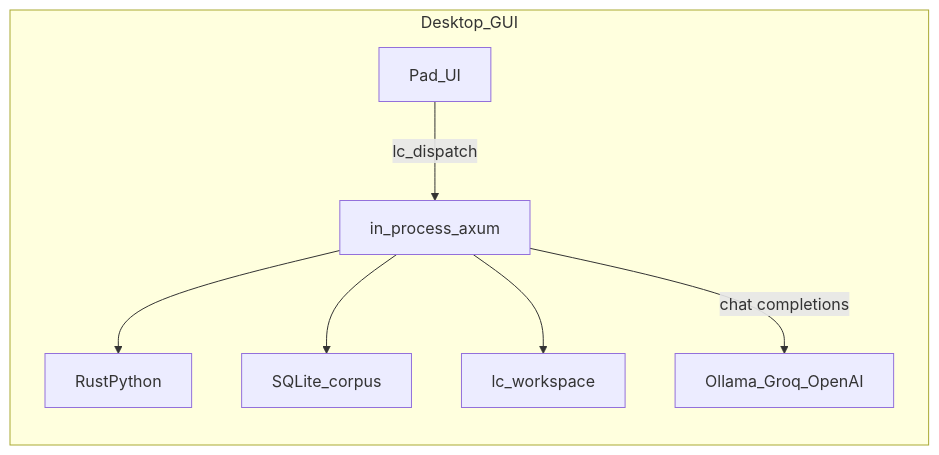
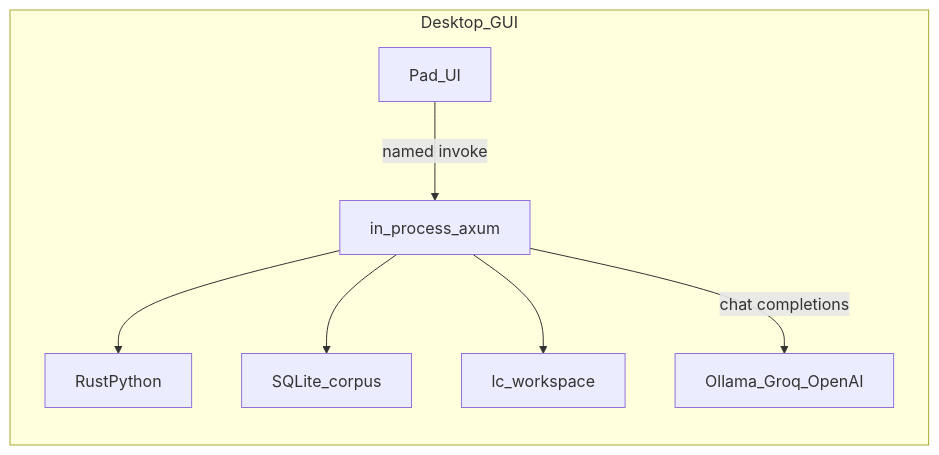
The first of 2 diagrams in README.md (amittenak47/lc-gui-tui), drawn with Mermaid before and after one commit. The commit also changed other lines of this file and 7 other files, not shown here.

````diff
--- a/README.md
+++ b/README.md
@@ -174,15 +174,15 @@
 ```mermaid
 flowchart LR
   subgraph gui [Desktop_GUI]
     UI[Pad_UI]
     Axum[in_process_axum]
     RP[RustPython]
     Corpus[SQLite_corpus]
     WS[lc_workspace]
-    UI -->|"lc_dispatch"| Axum
+    UI -->|"named invoke"| Axum
     Axum --> RP
     Axum --> Corpus
     Axum --> WS
     Axum -->|"chat completions"| LLM[Ollama_Groq_OpenAI]
   end
 ```
````
